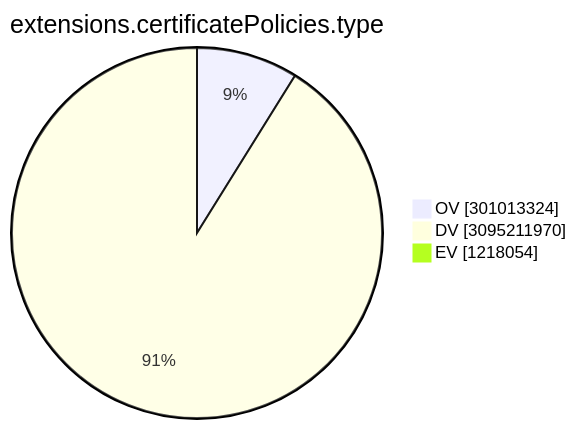
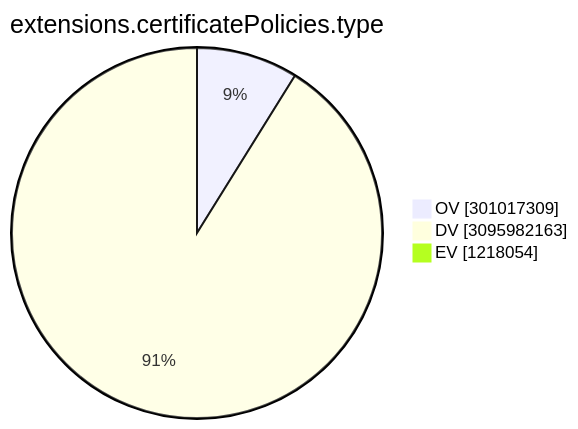
The ninth of 15 diagrams in TOTAL/README.md (christiankrug/ctmonitor_visualization), drawn with Mermaid before and after one commit. The commit also changed other lines of this file, not shown here.

````diff
--- a/TOTAL/README.md
+++ b/TOTAL/README.md
@@ -3103,7 +3103,7 @@
 ```mermaid
 pie showData
 title extensions.certificatePolicies.type
-"OV" :301013324
-"DV" :3095211970
+"OV" :301017309
+"DV" :3095982163
 "EV" :1218054
 ```
````
